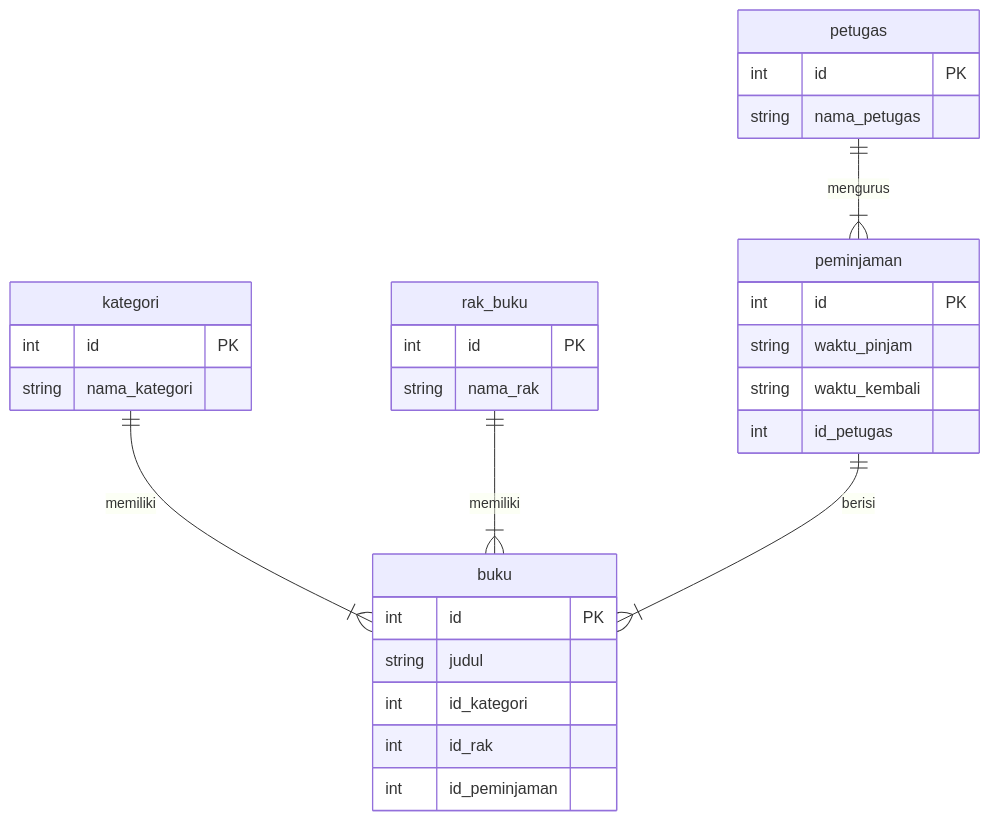
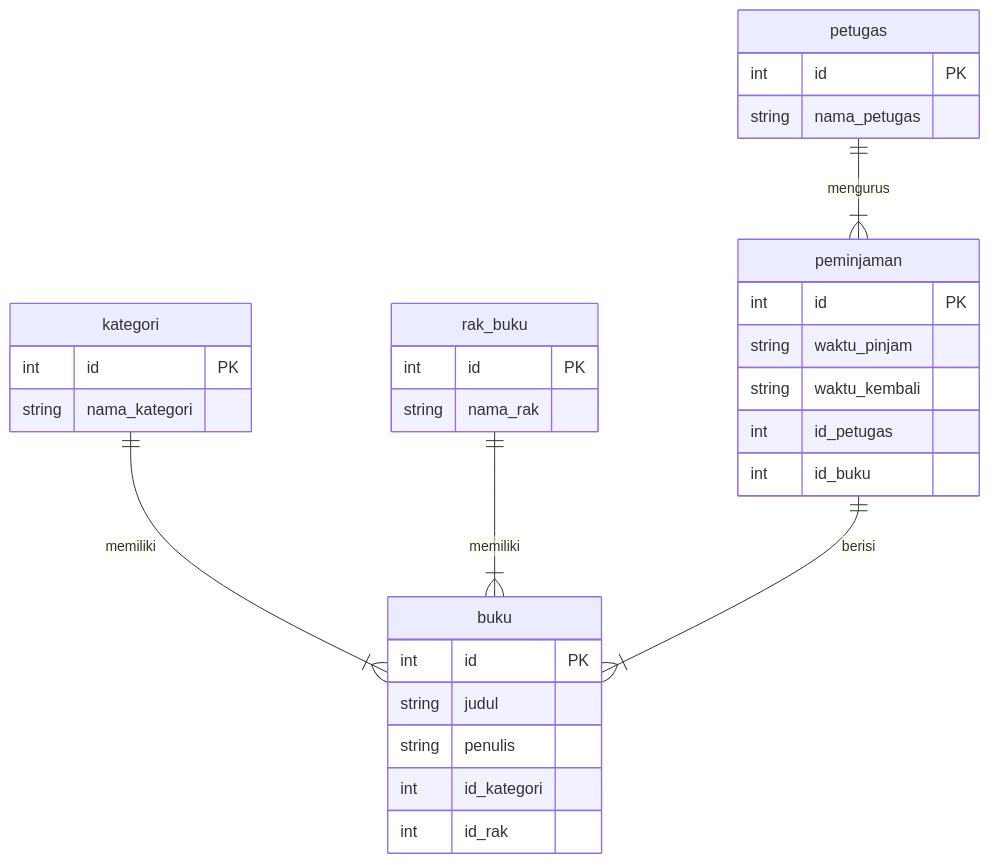
Before and after one commit to BernadDwiki/koda-b7-db1: the first of 2 diagrams in README.md, drawn with Mermaid. The commit also changed other lines of this file and 1 other file, not shown here.

````diff
--- a/README.md
+++ b/README.md
@@ -3,37 +3,38 @@
 ```mermaid
 erDiagram
     buku {
         int id PK
         string judul
+        string penulis
         int id_kategori
         int id_rak 
-        int id_peminjaman 
     }
 
     kategori {
         int id PK
         string nama_kategori 
     }
 
     rak_buku {
         int id PK
         string nama_rak 
     }
 
     petugas {
         int id PK
         string nama_petugas 
     }
 
     peminjaman {
         int id PK
         string waktu_pinjam 
         string waktu_kembali 
         int id_petugas 
+        int id_buku
     }
 
     kategori ||--|{ buku : "memiliki"
     rak_buku ||--|{ buku : "memiliki"
     petugas ||--|{ peminjaman : "mengurus"
     peminjaman ||--|{ buku : "berisi"
 ```
````
